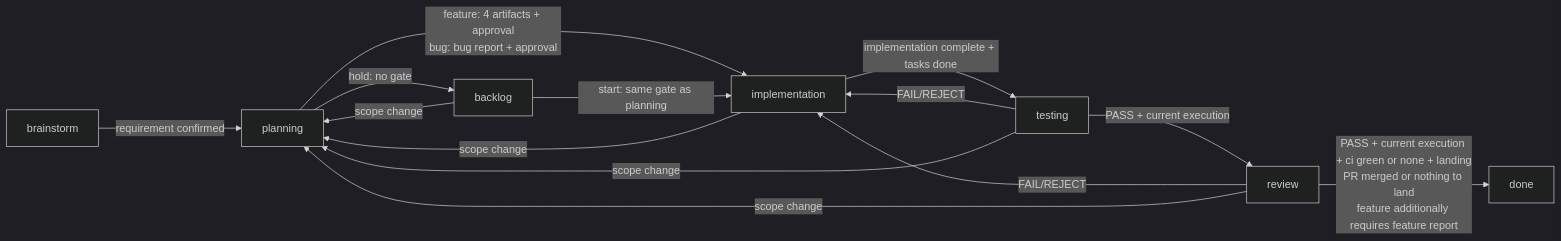
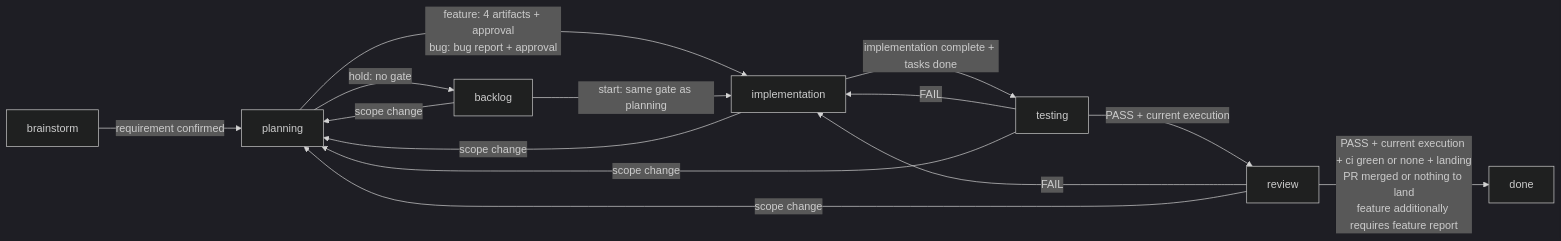
The diagram in docs/workflow/gates.md (phuthuycoding/kanban-flow), drawn with Mermaid (dark theme) before and after one commit. The commit also changed other lines of this file and 33 other files, not shown here.

First line of the commit message:
feat(skills): testing reads the stage record, one fix rule, REJECT folds into FAIL (#166) (#175)

````diff
--- a/docs/workflow/gates.md
+++ b/docs/workflow/gates.md
@@ -30,16 +30,16 @@
 ```mermaid
 flowchart LR
     B[brainstorm] -->|requirement confirmed| P[planning]
     P -->|feature: 4 artifacts + approval<br/>bug: bug report + approval| I[implementation]
     I -->|implementation complete + tasks done| T[testing]
     T -->|PASS + current execution| R[review]
-    T -->|FAIL/REJECT| I
+    T -->|FAIL| I
     R -->|PASS + current execution + ci green or none + landing<br/>PR merged or nothing to land<br/>feature additionally requires feature report| D[done]
-    R -->|FAIL/REJECT| I
+    R -->|FAIL| I
     T -->|scope change| P
     R -->|scope change| P
     P -->|hold: no gate| BL[backlog]
     BL -->|start: same gate as planning| I
     BL -->|scope change| P
     I -->|scope change| P
 ```
````
